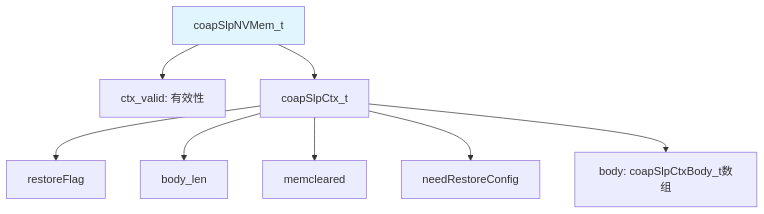
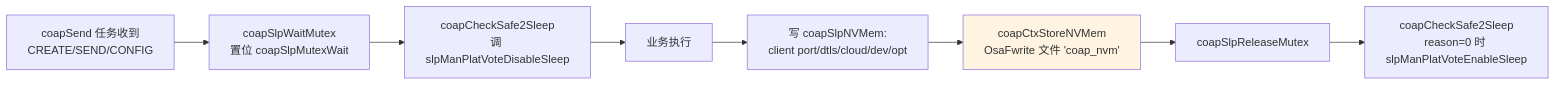
The sixth of 6 diagrams in knowledge/platform/EC626/code-summary/CoAP模块/代码总结.md (niusulong/.spec-embedded-iot), drawn with Mermaid before and after one commit. The commit also changed other lines of this file and 11 other files, not shown here.

````diff
--- a/knowledge/platform/EC626/code-summary/CoAP模块/代码总结.md
+++ b/knowledge/platform/EC626/code-summary/CoAP模块/代码总结.md
@@ -528,12 +367,11 @@
 ```mermaid
-graph TB
-    NVMEM[coapSlpNVMem_t] --> CTX_VALID[ctx_valid: 有效性]
-    NVMEM --> SLP_CTX[coapSlpCtx_t]
-    SLP_CTX --> RESTORE_FLAG[restoreFlag]
-    SLP_CTX --> BODY_LEN[body_len]
-    SLP_CTX --> MEMCLEARED[memcleared]
-    SLP_CTX --> NEED_RESTORE[needRestoreConfig]
-    SLP_CTX --> BODY[body: coapSlpCtxBody_t数组]
-    
-    style NVMEM fill:#e1f5ff
+flowchart LR
+    A[coapSend 任务收到<br/>CREATE/SEND/CONFIG] --> B[coapSlpWaitMutex<br/>置位 coapSlpMutexWait]
+    B --> C[coapCheckSafe2Sleep<br/>调 slpManPlatVoteDisableSleep]
+    C --> D[业务执行]
+    D --> E[写 coapSlpNVMem:<br/>client port/dtls/cloud/dev/opt]
+    E --> F[coapCtxStoreNVMem<br/>OsaFwrite 文件 'coap_nvm']
+    F --> G[coapSlpReleaseMutex]
+    G --> H[coapCheckSafe2Sleep<br/>reason=0 时 slpManPlatVoteEnableSleep]
+    style F fill:#fff4e1
 ```
````
